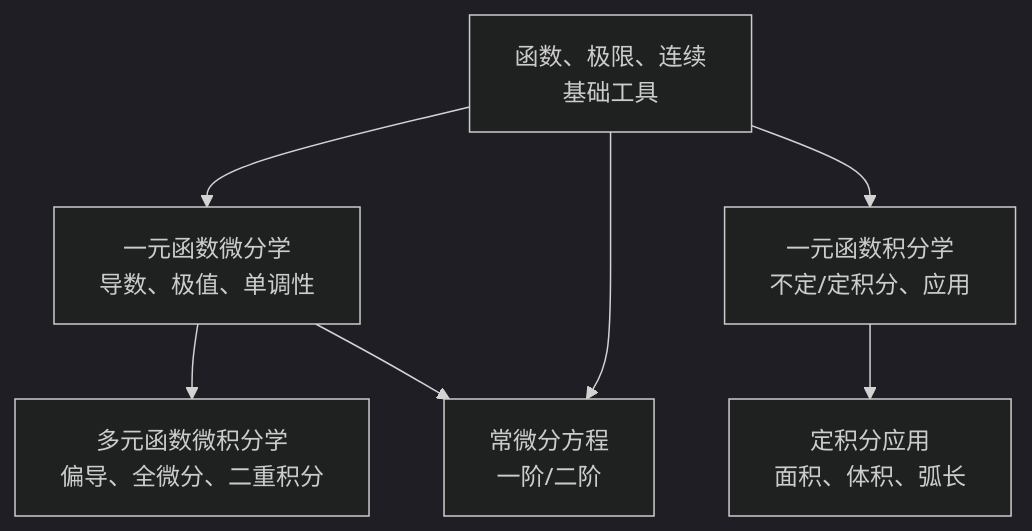
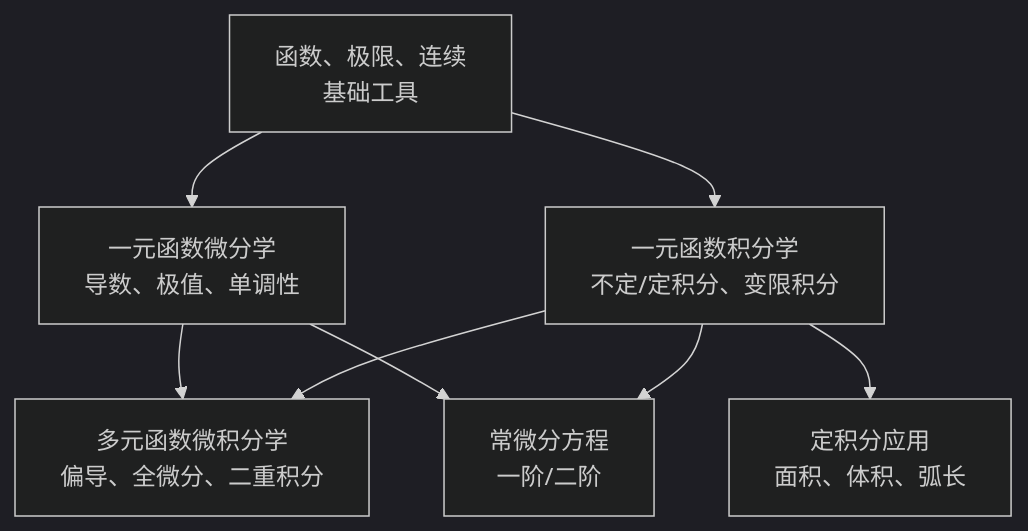
Before and after one commit to belos-street/kb-vault: the diagram in src/mathematics/calculus/readme.md, drawn with Mermaid (dark theme). The commit also changed other lines of this file and 6 other files, not shown here.

````diff
--- a/src/mathematics/calculus/readme.md
+++ b/src/mathematics/calculus/readme.md
@@ -22,9 +22,10 @@
 ```mermaid
 graph TB
     A["函数、极限、连续<br/>基础工具"] --> B["一元函数微分学<br/>导数、极值、单调性"]
-    A --> C["一元函数积分学<br/>不定/定积分、应用"]
+    A --> C["一元函数积分学<br/>不定/定积分、变限积分"]
     B --> D["多元函数微积分学<br/>偏导、全微分、二重积分"]
-    A --> E["常微分方程<br/>一阶/二阶"]
-    B --> E
+    C --> D
+    B --> E["常微分方程<br/>一阶/二阶"]
+    C --> E
     C --> G["定积分应用<br/>面积、体积、弧长"]
 ```
````
